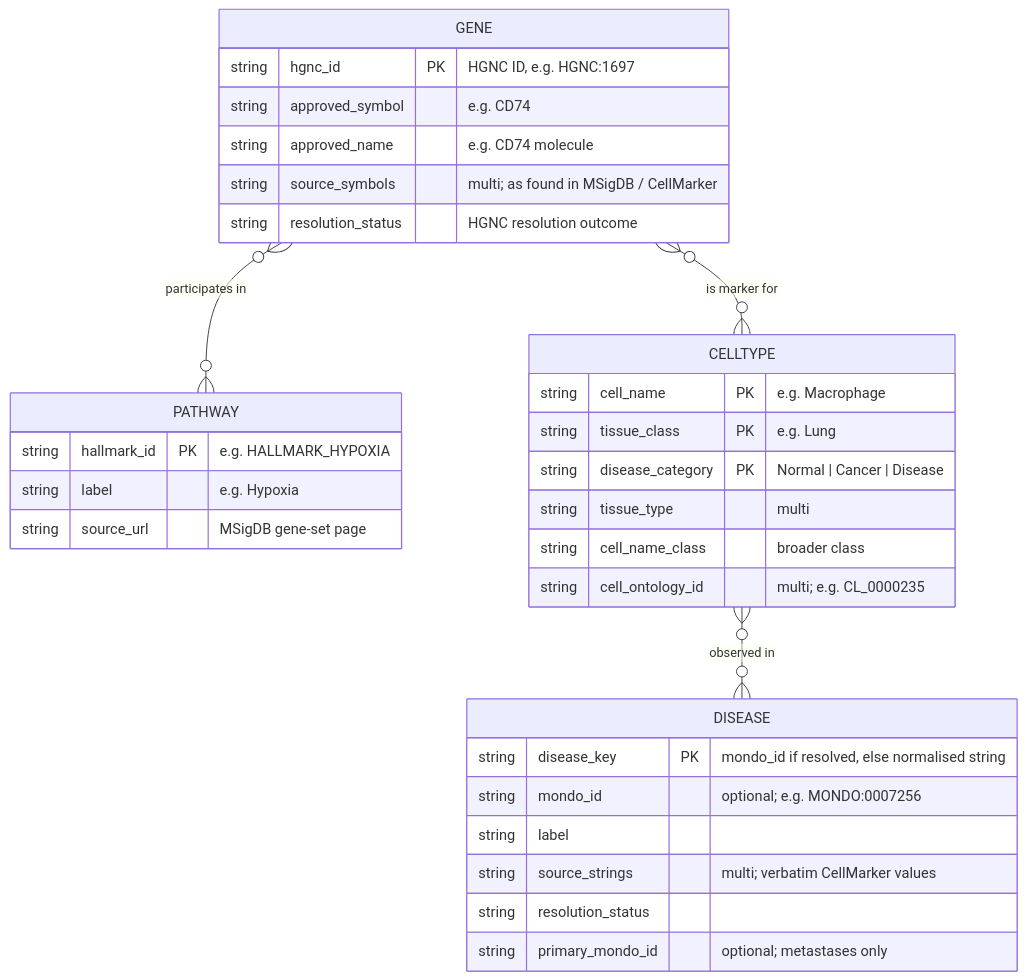
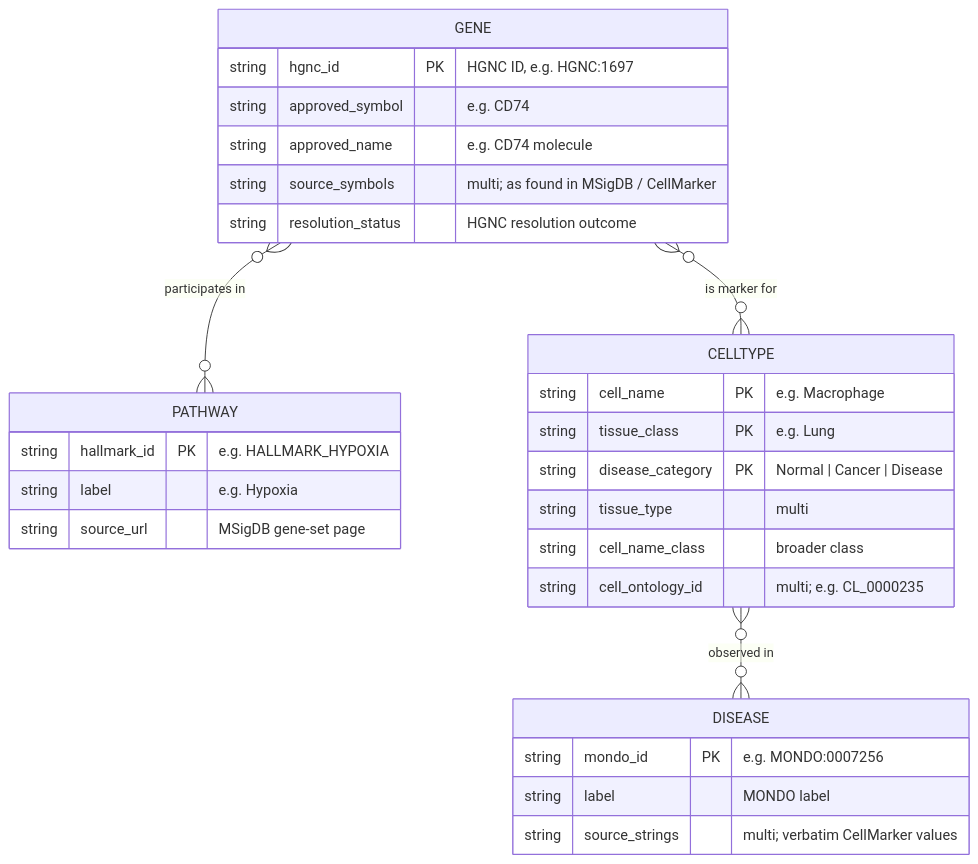
One commit to MurasakiSimema/spatial-pathway-kg changed the diagram in Phase 1 - Purpose Definition/06_er_model.md. Above: the diagram before and after it, drawn with Mermaid. The commit also changed other lines of this file and 11 other files, not shown here.

Commit message:
Phase 1: restrict Disease to MONDO matches

````diff
--- a/Phase 1 - Purpose Definition/06_er_model.md
+++ b/Phase 1 - Purpose Definition/06_er_model.md
@@ -12,35 +12,32 @@
 ```mermaid
 erDiagram
     GENE }o--o{ PATHWAY : "participates in"
     GENE }o--o{ CELLTYPE : "is marker for"
     CELLTYPE }o--o{ DISEASE : "observed in"
 
     GENE {
         string hgnc_id PK "HGNC ID, e.g. HGNC:1697"
         string approved_symbol "e.g. CD74"
         string approved_name "e.g. CD74 molecule"
         string source_symbols "multi; as found in MSigDB / CellMarker"
         string resolution_status "HGNC resolution outcome"
     }
     PATHWAY {
         string hallmark_id PK "e.g. HALLMARK_HYPOXIA"
         string label "e.g. Hypoxia"
         string source_url "MSigDB gene-set page"
     }
     CELLTYPE {
         string cell_name PK "e.g. Macrophage"
         string tissue_class PK "e.g. Lung"
         string disease_category PK "Normal | Cancer | Disease"
         string tissue_type "multi"
         string cell_name_class "broader class"
         string cell_ontology_id "multi; e.g. CL_0000235"
     }
     DISEASE {
-        string disease_key PK "mondo_id if resolved, else normalised string"
-        string mondo_id "optional; e.g. MONDO:0007256"
-        string label
+        string mondo_id PK "e.g. MONDO:0007256"
+        string label "MONDO label"
         string source_strings "multi; verbatim CellMarker values"
-        string resolution_status
-        string primary_mondo_id "optional; metastases only"
     }
 ```
````
